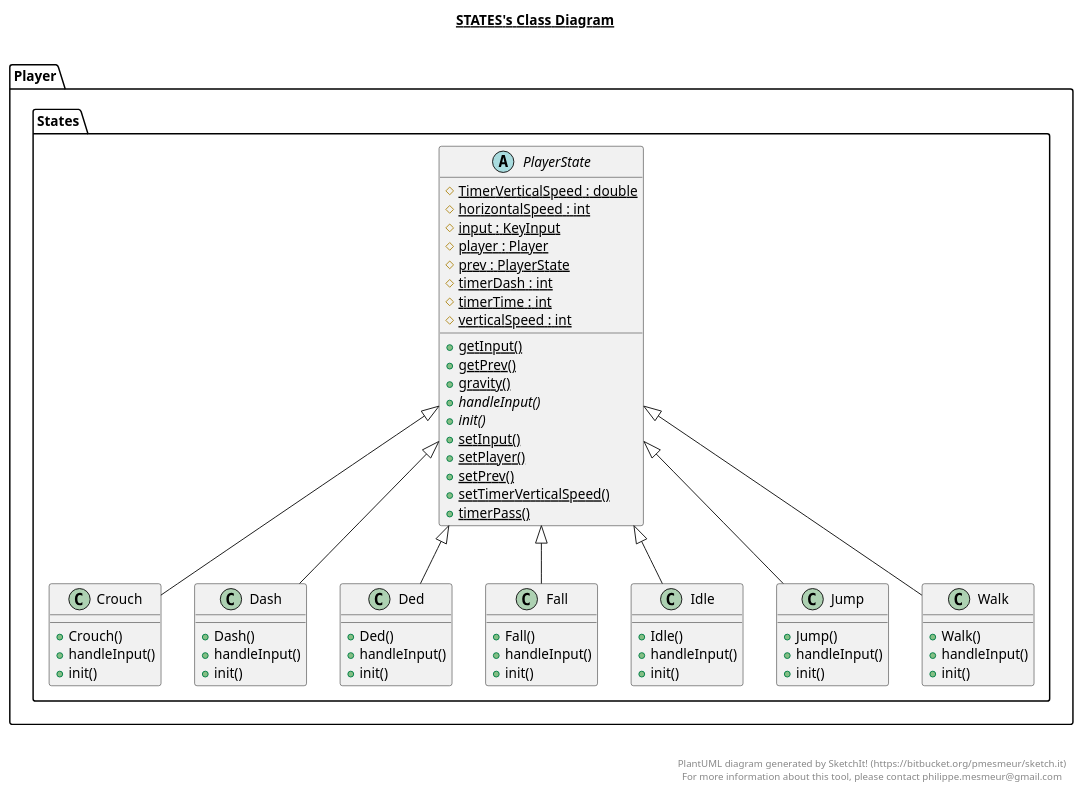
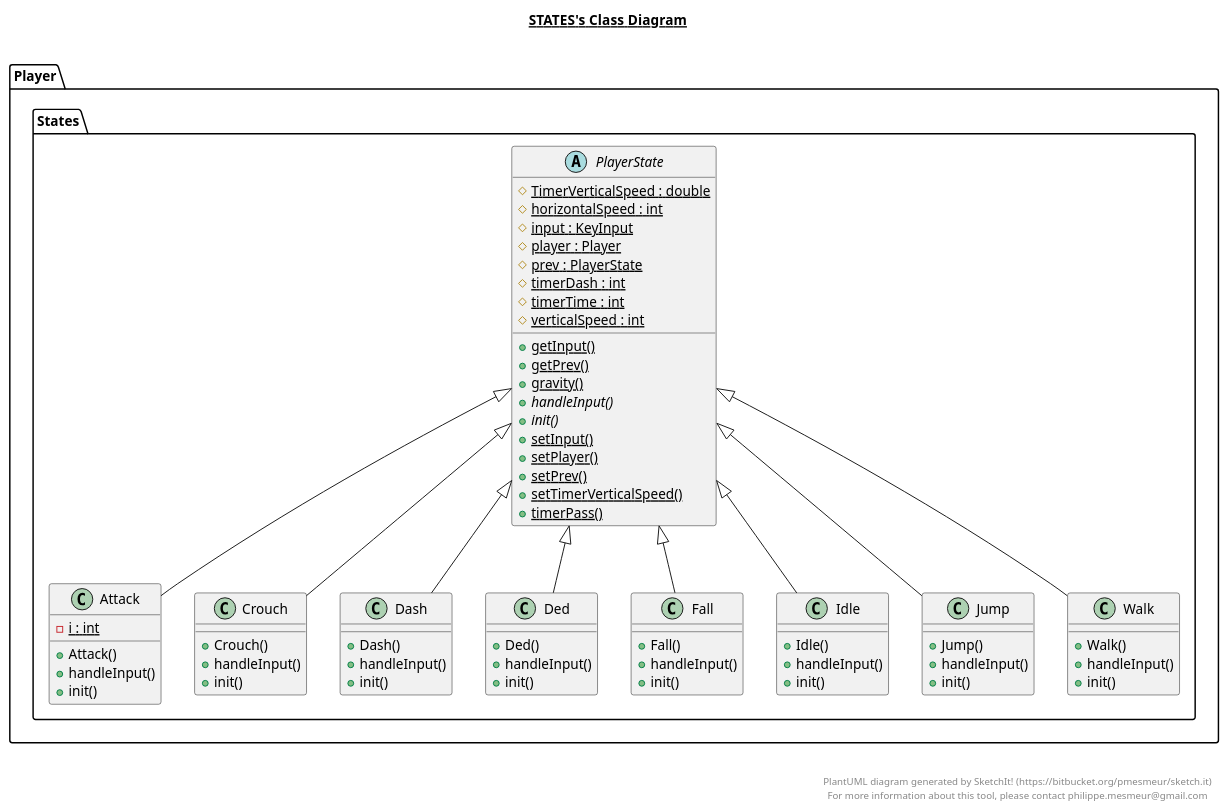
The diagram in out/production/_Proiect/Player/States/States.plantuml (IulianMurariu-Tanasache/ProiectPAOO_FirstDungeon), drawn with PlantUML before and after one commit. The commit also changed 186 other files, not shown here.

```diff
--- a/out/production/_Proiect/Player/States/States.plantuml
+++ b/out/production/_Proiect/Player/States/States.plantuml
@@ -1,124 +1,137 @@
 @startuml
 
 title __STATES's Class Diagram__\n
+
+  namespace Player {
+    namespace States {
+      class Player.States.Attack {
+          {static} - i : int
+          + Attack()
+          + handleInput()
+          + init()
+      }
+    }
+  }
+  
 
   namespace Player {
     namespace States {
       class Player.States.Crouch {
           + Crouch()
           + handleInput()
           + init()
       }
     }
   }
   
 
   namespace Player {
     namespace States {
       class Player.States.Dash {
           + Dash()
           + handleInput()
           + init()
       }
     }
   }
   
 
   namespace Player {
     namespace States {
       class Player.States.Ded {
           + Ded()
           + handleInput()
           + init()
       }
     }
   }
   
 
   namespace Player {
     namespace States {
       class Player.States.Fall {
           + Fall()
           + handleInput()
           + init()
       }
     }
   }
   
 
   namespace Player {
     namespace States {
       class Player.States.Idle {
           + Idle()
           + handleInput()
           + init()
       }
     }
   }
   
 
   namespace Player {
     namespace States {
       class Player.States.Jump {
           + Jump()
           + handleInput()
           + init()
       }
     }
   }
   
 
   namespace Player {
     namespace States {
       abstract class Player.States.PlayerState {
           {static} # TimerVerticalSpeed : double
           {static} # horizontalSpeed : int
           {static} # input : KeyInput
           {static} # player : Player
           {static} # prev : PlayerState
           {static} # timerDash : int
           {static} # timerTime : int
           {static} # verticalSpeed : int
           {static} + getInput()
           {static} + getPrev()
           {static} + gravity()
           {abstract} + handleInput()
           {abstract} + init()
           {static} + setInput()
           {static} + setPlayer()
           {static} + setPrev()
           {static} + setTimerVerticalSpeed()
           {static} + timerPass()
       }
     }
   }
   
 
   namespace Player {
     namespace States {
       class Player.States.Walk {
           + Walk()
           + handleInput()
           + init()
       }
     }
   }
   
 
+  Player.States.Attack -up-|> Player.States.PlayerState
   Player.States.Crouch -up-|> Player.States.PlayerState
   Player.States.Dash -up-|> Player.States.PlayerState
   Player.States.Ded -up-|> Player.States.PlayerState
   Player.States.Fall -up-|> Player.States.PlayerState
   Player.States.Idle -up-|> Player.States.PlayerState
   Player.States.Jump -up-|> Player.States.PlayerState
   Player.States.Walk -up-|> Player.States.PlayerState
 
 
 right footer
 
 
 PlantUML diagram generated by SketchIt! (https://bitbucket.org/pmesmeur/sketch.it)
 For more information about this tool, please contact philippe.mesmeur@gmail.com
 endfooter
 
 @enduml
```
